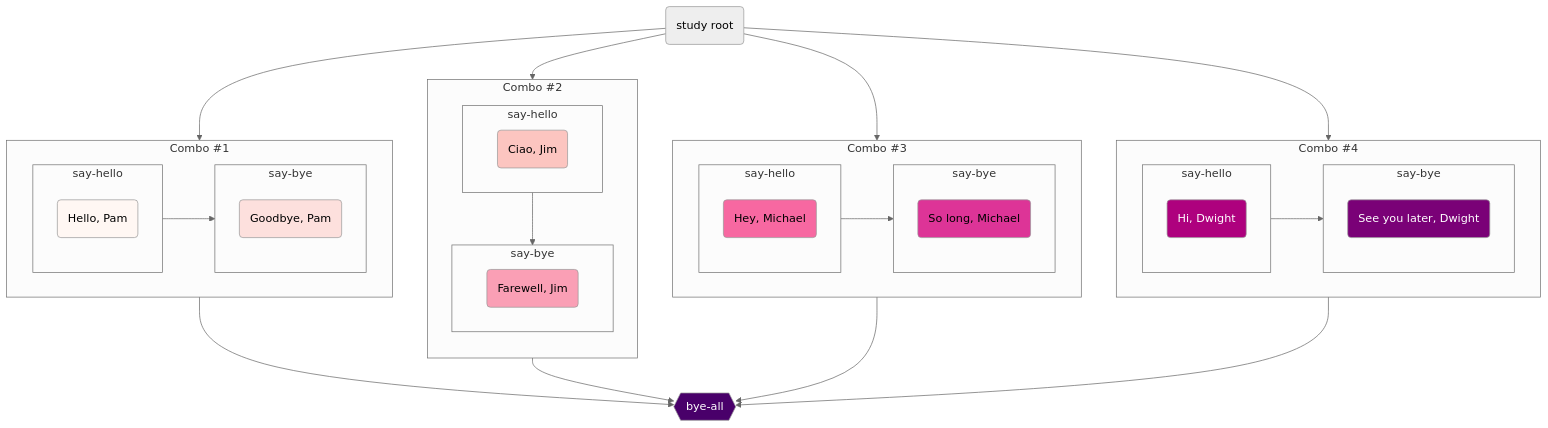
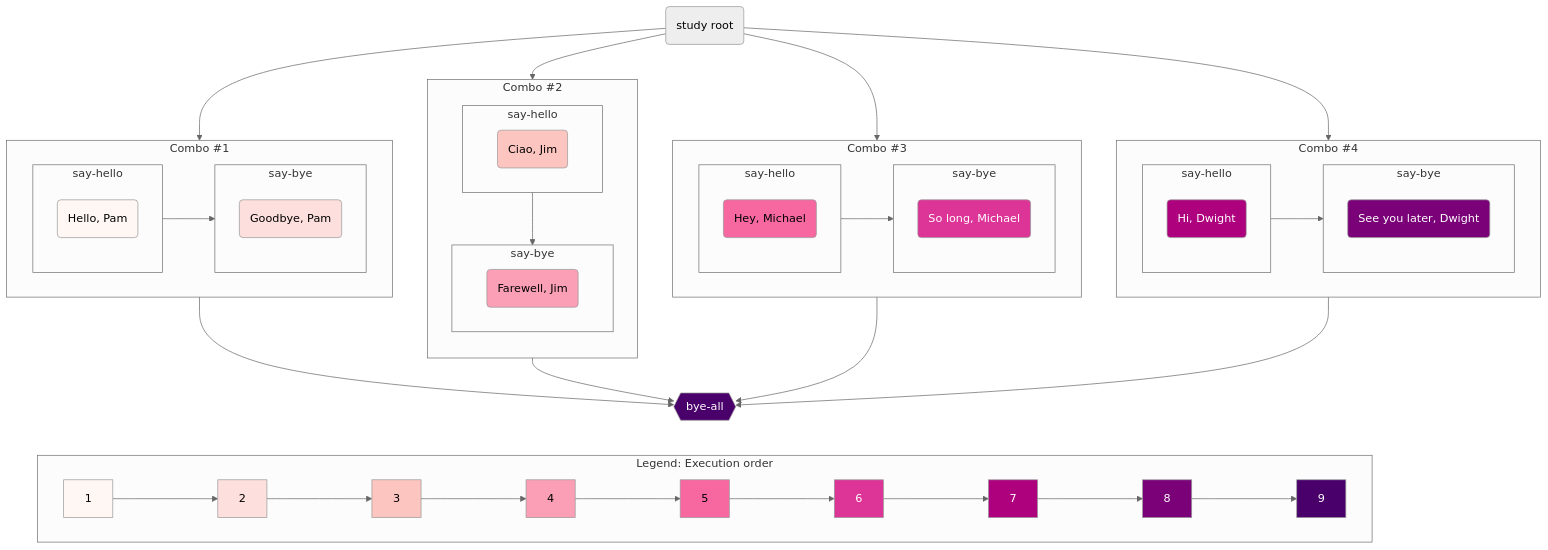
The second of 2 diagrams in docs/Maestro/specification.md (LLNL/maestrowf), drawn with Mermaid (neutral theme) before and after one commit. The commit also changed other lines of this file, not shown here.

Commit message:
Add execution order legend

````diff
--- a/docs/Maestro/specification.md
+++ b/docs/Maestro/specification.md
@@ -569,9 +593,33 @@
     style D fill:#fcc5c0,color:#000000
     style E fill:#fa9fb5,color:#000000
     style F fill:#f768a1,color:#000000
-    style G fill:#dd3497,color:#000000
+    style G fill:#dd3497,color:#FFFFFF
     style H fill:#ae017e,color:#FFFFFF
     style I fill:#7a0177,color:#FFFFFF
     style J fill:#49006a,color:#FFFFFF
 
+    subgraph LEGEND [Legend: Execution order]
+      direction LR
+      BL[1]---> DL[2]
+      DL ---> FL[3]
+      FL ---> HL[4]
+      HL ---> CL[5]
+      CL ---> EL[6]
+      EL ---> GL[7]
+      GL ---> IL[8]
+      IL ---> JL[9]
+      style BL fill:#fff7f3,color:#000000;
+      style CL fill:#f768a1,color:#000000;
+      style DL fill:#fde0dd,color:#000000;
+      style EL fill:#dd3497,color:#FFFFFF;
+      style FL fill:#fcc5c0,color:#000000;
+      style GL fill:#ae017e,color:#FFFFFF;
+      style HL fill:#fa9fb5,color:#000000;
+      style IL fill:#7a0177,color:#FFFFFF;
+      style JL fill:#49006a,color:#FFFFFF;
+
+    end
+    
+    J --- LEGEND
+    linkStyle 20 stroke-width:0px;
 ```
````
